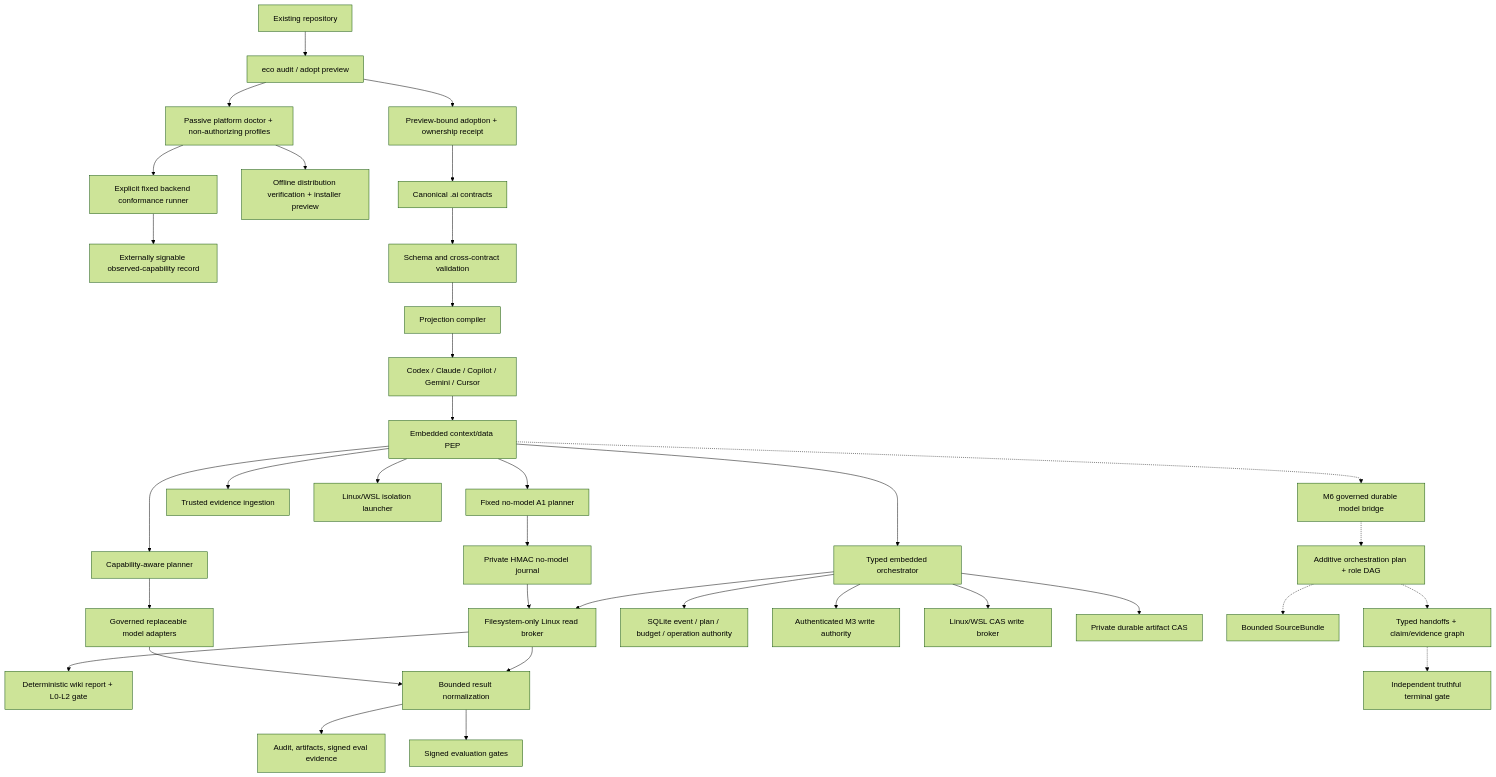
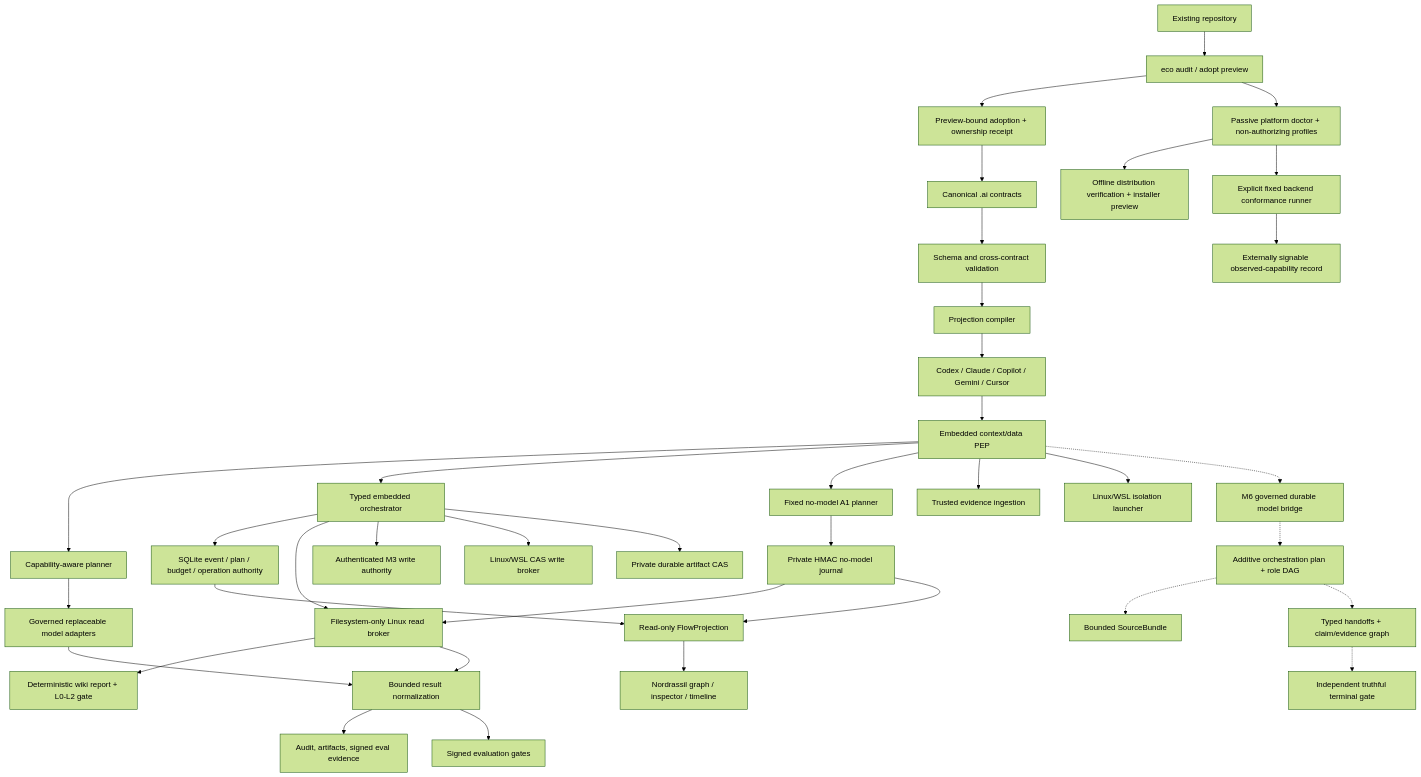
One commit to cyberdid/ecosystem changed the diagram in docs/architecture/README.md. Above: the diagram before and after it, drawn with Mermaid (forest theme). The commit also changed other lines of this file and 11 other files, not shown here.

Commit message:
feat: add deterministic flow projections

````diff
--- a/docs/architecture/README.md
+++ b/docs/architecture/README.md
@@ -12,39 +12,42 @@
 ```mermaid
 flowchart TB
     R["Existing repository"] --> A["eco audit / adopt preview"]
     A --> AP["Preview-bound adoption + ownership receipt"]
     AP --> C["Canonical .ai contracts"]
     A --> PLATFORM["Passive platform doctor + non-authorizing profiles"]
     PLATFORM --> DIST["Offline distribution verification + installer preview"]
     PLATFORM --> CONF["Explicit fixed backend conformance runner"]
     CONF --> PEVIDENCE["Externally signable observed-capability record"]
     C --> V["Schema and cross-contract validation"]
     V --> P["Projection compiler"]
     P --> H["Codex / Claude / Copilot / Gemini / Cursor"]
 
     H --> DPEP["Embedded context/data PEP"]
     DPEP --> ROUTER["Capability-aware planner"]
     ROUTER --> ADAPTERS["Governed replaceable model adapters"]
     DPEP --> ORCH["Typed embedded orchestrator"]
     DPEP --> NOMODEL["Fixed no-model A1 planner"]
     NOMODEL --> NMJOURNAL["Private HMAC no-model journal"]
     NMJOURNAL --> BROKER
     BROKER --> NMEVAL["Deterministic wiki report + L0-L2 gate"]
     ORCH --> STORE["SQLite event / plan / budget / operation authority"]
     ORCH --> BROKER["Filesystem-only Linux read broker"]
     ORCH --> WRITEAUTH["Authenticated M3 write authority"]
     ORCH --> WRITEBROKER["Linux/WSL CAS write broker"]
     ORCH --> CAS["Private durable artifact CAS"]
     DPEP --> EVIDENCE["Trusted evidence ingestion"]
     DPEP --> ISOLATION["Linux/WSL isolation launcher"]
     ADAPTERS --> OUT["Bounded result normalization"]
     BROKER --> OUT
     OUT --> AUDIT["Audit, artifacts, signed eval evidence"]
     OUT --> EVAL["Signed evaluation gates"]
 
     DPEP -.-> MBRIDGE["M6 governed durable model bridge"]
     MBRIDGE -.-> TEAMPLAN["Additive orchestration plan + role DAG"]
     TEAMPLAN -.-> SOURCE["Bounded SourceBundle"]
     TEAMPLAN -.-> HANDOFF["Typed handoffs + claim/evidence graph"]
     HANDOFF -.-> HARDGATE["Independent truthful terminal gate"]
+    STORE --> FLOW["Read-only FlowProjection"]
+    NMJOURNAL --> FLOW
+    FLOW --> PRODUCT["Nordrassil graph / inspector / timeline"]
 ```
````
